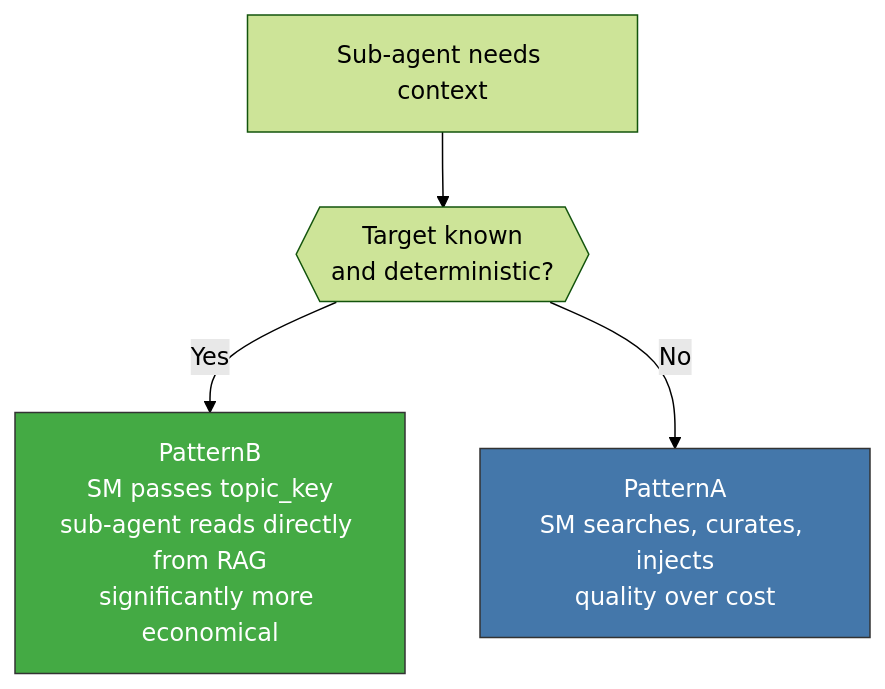
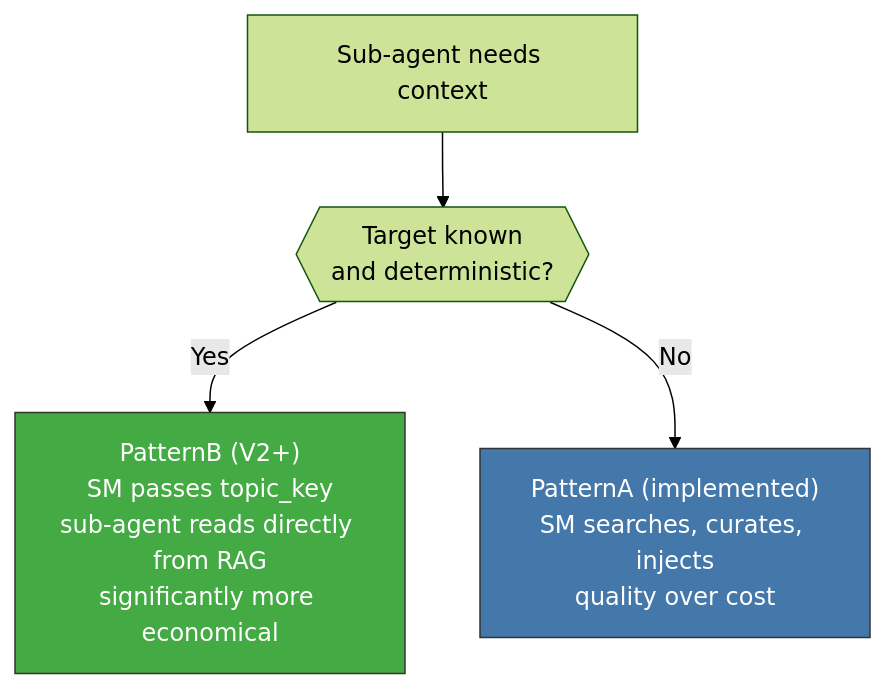
Before and after one commit to virgenherrera/virgil: diagram 35 of 48 in docs/reference/principia/constitution.md, drawn with Mermaid (forest theme). The commit also changed other lines of this file and 3 other files, not shown here.

First line of the commit message:
docs: constitutional amendment — CLI architecture alignment

````diff
--- a/docs/reference/principia/constitution.md
+++ b/docs/reference/principia/constitution.md
@@ -1362,11 +1403,11 @@
 ```mermaid
 flowchart TD
     NEED["Sub-agent needs context"]
     NEED --> Q{{"Target known\nand deterministic?"}}
 
-    Q -->|"Yes"| PB["PatternB\nSM passes topic_key\nsub-agent reads directly from RAG\nsignificantly more economical"]
-    Q -->|"No"| PA["PatternA\nSM searches, curates, injects\nquality over cost"]
+    Q -->|"Yes"| PB["PatternB (V2+)\nSM passes topic_key\nsub-agent reads directly from RAG\nsignificantly more economical"]
+    Q -->|"No"| PA["PatternA (implemented)\nSM searches, curates, injects\nquality over cost"]
 
     style PB fill:#4a4,stroke:#333,color:#fff
     style PA fill:#47a,stroke:#333,color:#fff
 ```
````
